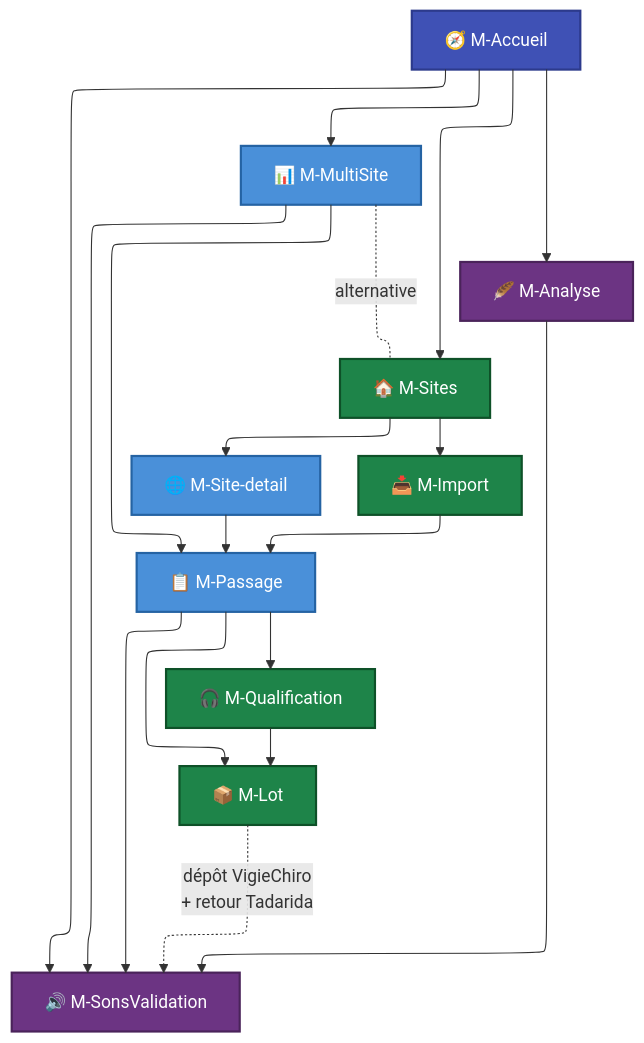
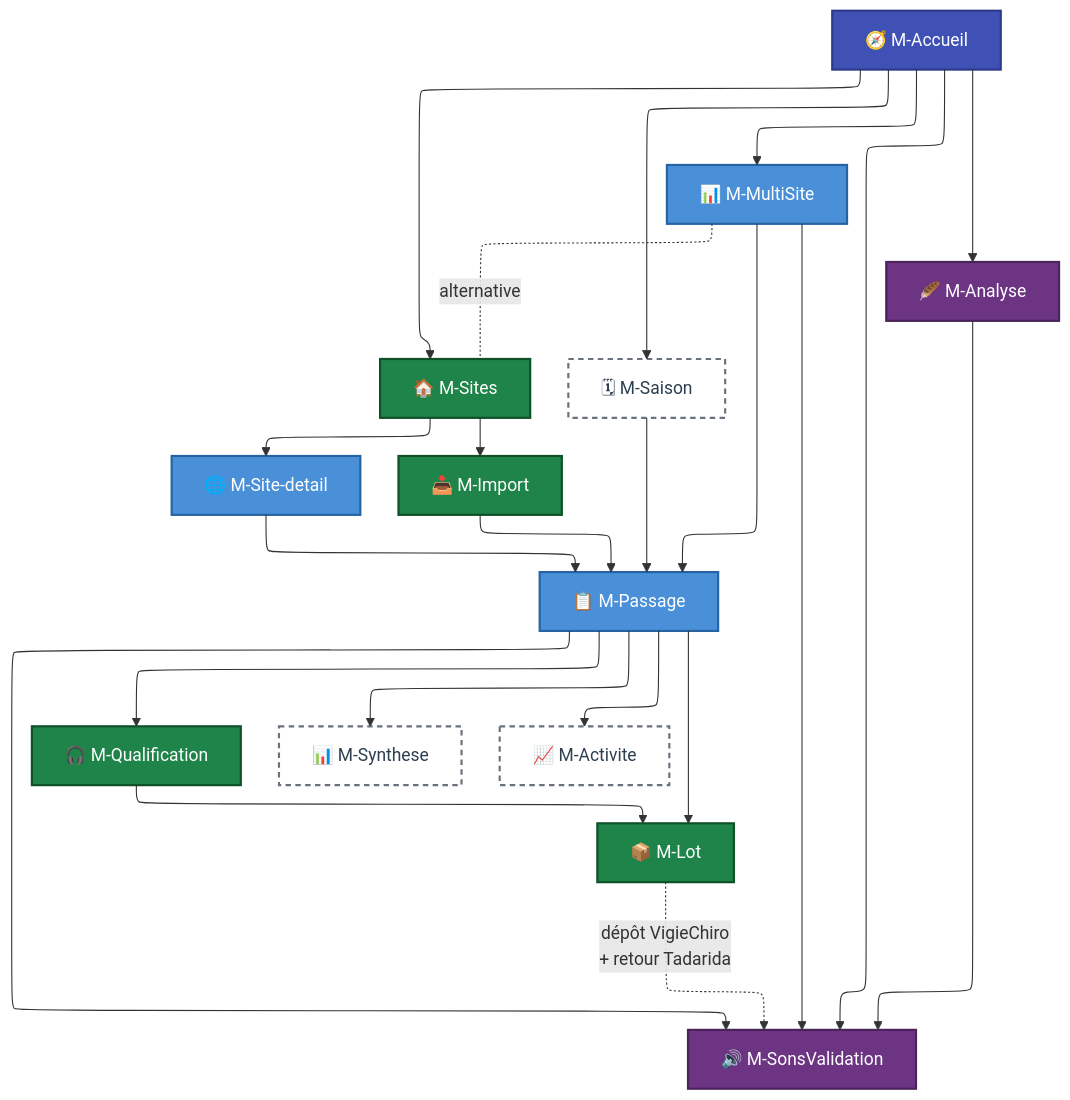
The diagram in brief/docs/Analyse et conception/Maquettes/index.md (IUTInfoAix-S201/vigiechiro-pr-companion), drawn with Mermaid before and after one commit. The commit also changed other lines of this file and 17 other files, not shown here.

````diff
--- a/brief/docs/Analyse et conception/Maquettes/index.md
+++ b/brief/docs/Analyse et conception/Maquettes/index.md
@@ -47,41 +57,50 @@
 ```mermaid
 %%{init: {"flowchart": {"defaultRenderer": "elk"}, "themeCSS": ".nodeLabel, .nodeLabel p, .nodeLabel span { color: #fff !important; fill: #fff !important; }"}}%%
 flowchart TB
     Accueil[🧭 M-Accueil]
     Sites[🏠 M-Sites]
     MultiSite[📊 M-MultiSite]
     Detail[🌐 M-Site-detail]
     Import[📥 M-Import]
     Passage[📋 M-Passage]
     Qualif[🎧 M-Qualification]
     Lot[📦 M-Lot]
     Analyse[🪶 M-Analyse]
     SonsVal[🔊 M-SonsValidation]
+    Saison[🗓 M-Saison]
+    Synthese[📊 M-Synthese]
+    Activite[📈 M-Activite]
 
     Accueil --> Sites
     Accueil --> MultiSite
     Accueil --> Analyse
     Accueil --> SonsVal
+    Accueil --> Saison
     Sites --> Detail
     Sites --> Import
     MultiSite -.alternative.- Sites
     Detail --> Passage
     Import --> Passage
     MultiSite --> Passage
+    Saison --> Passage
     Passage --> Qualif
     Passage --> SonsVal
+    Passage --> Synthese
+    Passage --> Activite
     Qualif --> Lot
     Passage --> Lot
     Lot -.dépôt VigieChiro<br/>+ retour Tadarida.-> SonsVal
     Analyse --> SonsVal
     MultiSite --> SonsVal
 
     classDef accueil fill:#3f51b5,stroke:#2c3a8c,color:#fff,stroke-width:2px
     classDef main fill:#1e8449,stroke:#0e5128,color:#fff,stroke-width:2px
     classDef detail fill:#4a90d9,stroke:#2563a3,color:#fff,stroke-width:2px
     classDef biodiv fill:#6c3483,stroke:#4a235a,color:#fff,stroke-width:2px
+    classDef avenir fill:#ffffff,stroke:#6a737d,color:#2c3e50,stroke-width:2px,stroke-dasharray:5 4
     class Accueil accueil
     class Sites,Import,Qualif,Lot main
     class Detail,Passage,MultiSite detail
     class Analyse,SonsVal biodiv
+    class Saison,Synthese,Activite avenir
 ```
````
